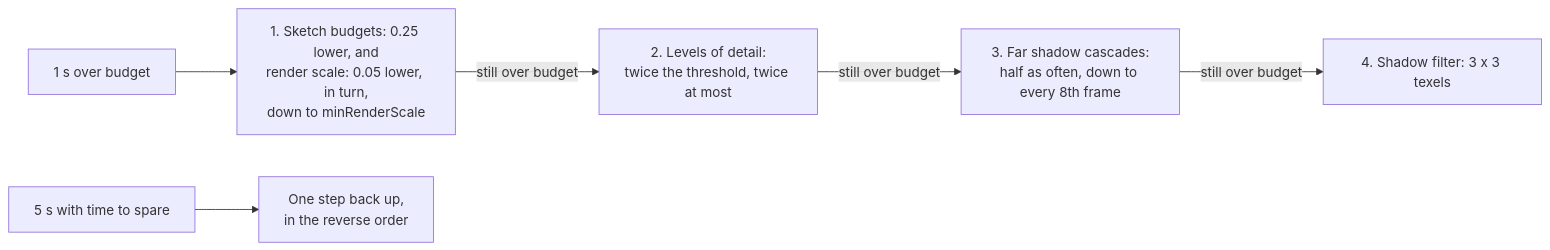
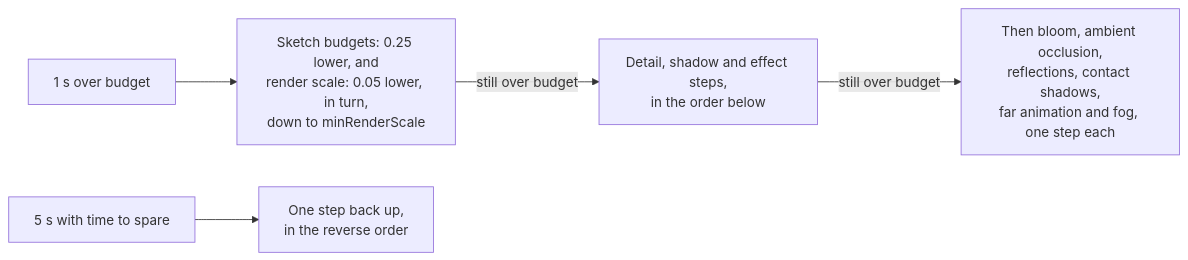
One commit to null3d-engine/null3d changed the fourth of 4 diagrams in docs/concepts/quality-presets.md. Above: the diagram before and after it, drawn with Mermaid. The commit also changed other lines of this file and 175 other files, not shown here.

````diff
--- a/docs/concepts/quality-presets.md
+++ b/docs/concepts/quality-presets.md
@@ -291,8 +371,7 @@
 ```mermaid
 flowchart LR
-    over["1 s over budget"] --> scale["1. Sketch budgets: 0.25 lower, and<br/>render scale: 0.05 lower, in turn,<br/>down to minRenderScale"]
-    scale -- "still over budget" --> detail["2. Levels of detail:<br/>twice the threshold, twice at most"]
-    detail -- "still over budget" --> far["3. Far shadow cascades:<br/>half as often, down to every 8th frame"]
-    far -- "still over budget" --> filter["4. Shadow filter: 3 x 3 texels"]
+    over["1 s over budget"] --> budgets["Sketch budgets: 0.25 lower, and<br/>render scale: 0.05 lower, in turn,<br/>down to minRenderScale"]
+    budgets -- "still over budget" --> detail["Detail, shadow and effect steps,<br/>in the order below"]
+    detail -- "still over budget" --> effects["Then bloom, ambient occlusion,<br/>reflections, contact shadows,<br/>far animation and fog, one step each"]
     room["5 s with time to spare"] --> back["One step back up,<br/>in the reverse order"]
 ```
````
